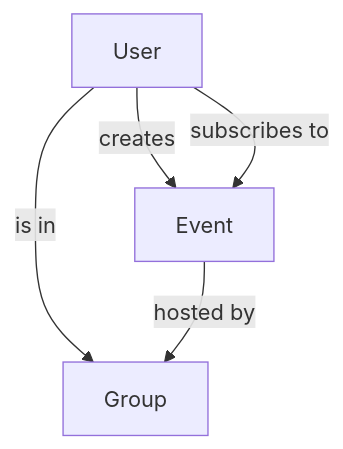
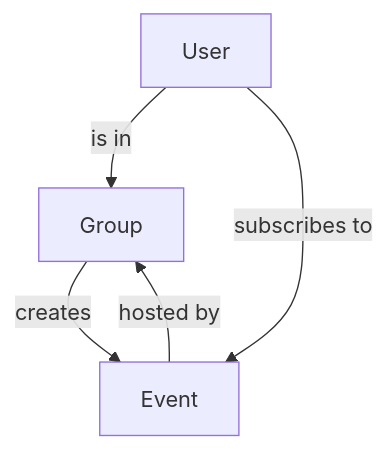
One commit to fluid-movement/event-manager changed the diagram in README.md. Above: the diagram before and after it, drawn with Mermaid. The commit also changed other lines of this file, not shown here.

````diff
--- a/README.md
+++ b/README.md
@@ -3,10 +3,10 @@
 ```mermaid
 graph
 	user["User"]
 	group["Group"]
 	event["Event"]
 	user -- is in --> group
-	user -- creates --> event
+	group -- creates --> event
 	user -- subscribes to --> event
 	event -- hosted by --> group
 ```
````
